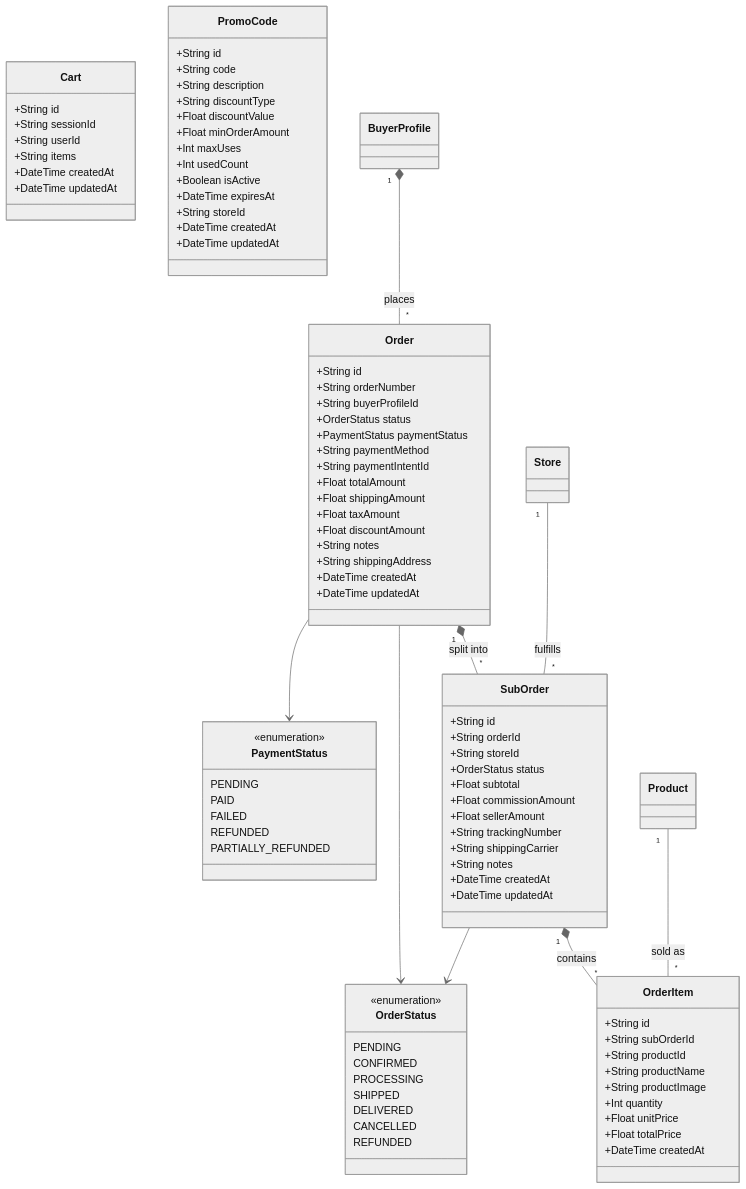
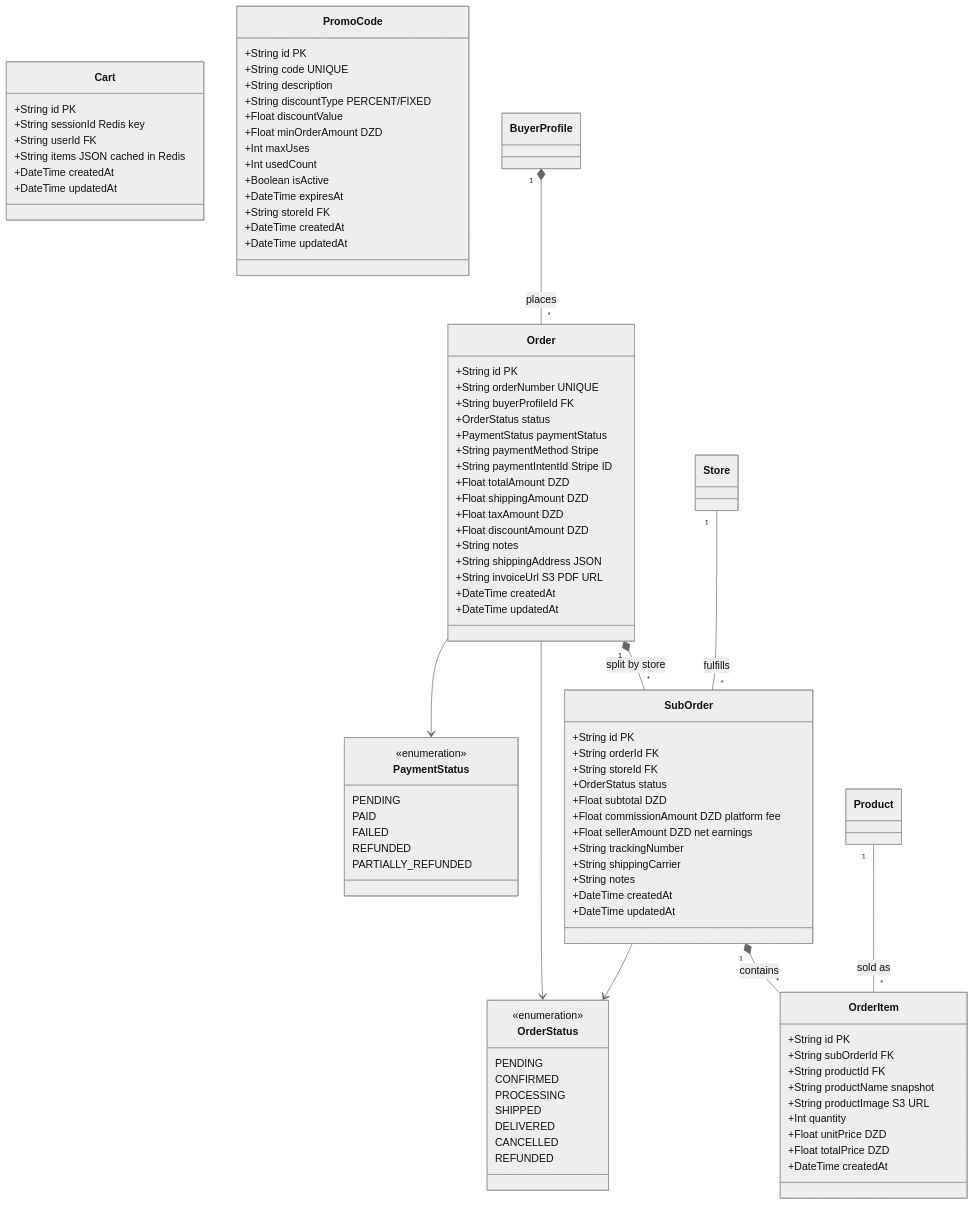
One commit to tayeb736/prohect12 changed the third of 6 diagrams in diagrams/07_class_diagram.md. Above: the diagram before and after it, drawn with Mermaid (neutral theme). The commit also changed other lines of this file and 7 other files, not shown here.

Commit message:
docs: update all UML diagrams — add PostgreSQL, Redis, S3, Stripe, SendGrid, KYC, Swagger per readme2 & README3

```diff
--- a/diagrams/07_class_diagram.md
+++ b/diagrams/07_class_diagram.md
@@ -343,40 +342,41 @@
   }
 
   class Cart {
-    +String id
-    +String sessionId
-    +String userId
-    +String items
+    +String id PK
+    +String sessionId Redis key
+    +String userId FK
+    +String items JSON cached in Redis
     +DateTime createdAt
     +DateTime updatedAt
   }
 
   class Order {
-    +String id
-    +String orderNumber
-    +String buyerProfileId
+    +String id PK
+    +String orderNumber UNIQUE
+    +String buyerProfileId FK
     +OrderStatus status
     +PaymentStatus paymentStatus
-    +String paymentMethod
-    +String paymentIntentId
-    +Float totalAmount
-    +Float shippingAmount
-    +Float taxAmount
-    +Float discountAmount
+    +String paymentMethod Stripe
+    +String paymentIntentId Stripe ID
+    +Float totalAmount DZD
+    +Float shippingAmount DZD
+    +Float taxAmount DZD
+    +Float discountAmount DZD
     +String notes
-    +String shippingAddress
+    +String shippingAddress JSON
+    +String invoiceUrl S3 PDF URL
     +DateTime createdAt
     +DateTime updatedAt
   }
 
   class SubOrder {
-    +String id
-    +String orderId
-    +String storeId
+    +String id PK
+    +String orderId FK
+    +String storeId FK
     +OrderStatus status
-    +Float subtotal
-    +Float commissionAmount
-    +Float sellerAmount
+    +Float subtotal DZD
+    +Float commissionAmount DZD platform fee
+    +Float sellerAmount DZD net earnings
     +String trackingNumber
     +String shippingCarrier
     +String notes
@@ -385,29 +385,29 @@
   }
 
   class OrderItem {
-    +String id
-    +String subOrderId
-    +String productId
-    +String productName
-    +String productImage
+    +String id PK
+    +String subOrderId FK
+    +String productId FK
+    +String productName snapshot
+    +String productImage S3 URL
     +Int quantity
-    +Float unitPrice
-    +Float totalPrice
+    +Float unitPrice DZD
+    +Float totalPrice DZD
     +DateTime createdAt
   }
 
   class PromoCode {
-    +String id
-    +String code
+    +String id PK
+    +String code UNIQUE
     +String description
-    +String discountType
+    +String discountType PERCENT/FIXED
     +Float discountValue
-    +Float minOrderAmount
+    +Float minOrderAmount DZD
     +Int maxUses
     +Int usedCount
     +Boolean isActive
     +DateTime expiresAt
-    +String storeId
+    +String storeId FK
     +DateTime createdAt
     +DateTime updatedAt
   }
@@ -415,7 +415,7 @@
   BuyerProfile "1" *-- "*" Order : places
   Order --> OrderStatus
   Order --> PaymentStatus
-  Order "1" *-- "*" SubOrder : split into
+  Order "1" *-- "*" SubOrder : split by store
   Store "1" -- "*" SubOrder : fulfills
   SubOrder --> OrderStatus
   SubOrder "1" *-- "*" OrderItem : contains
```
